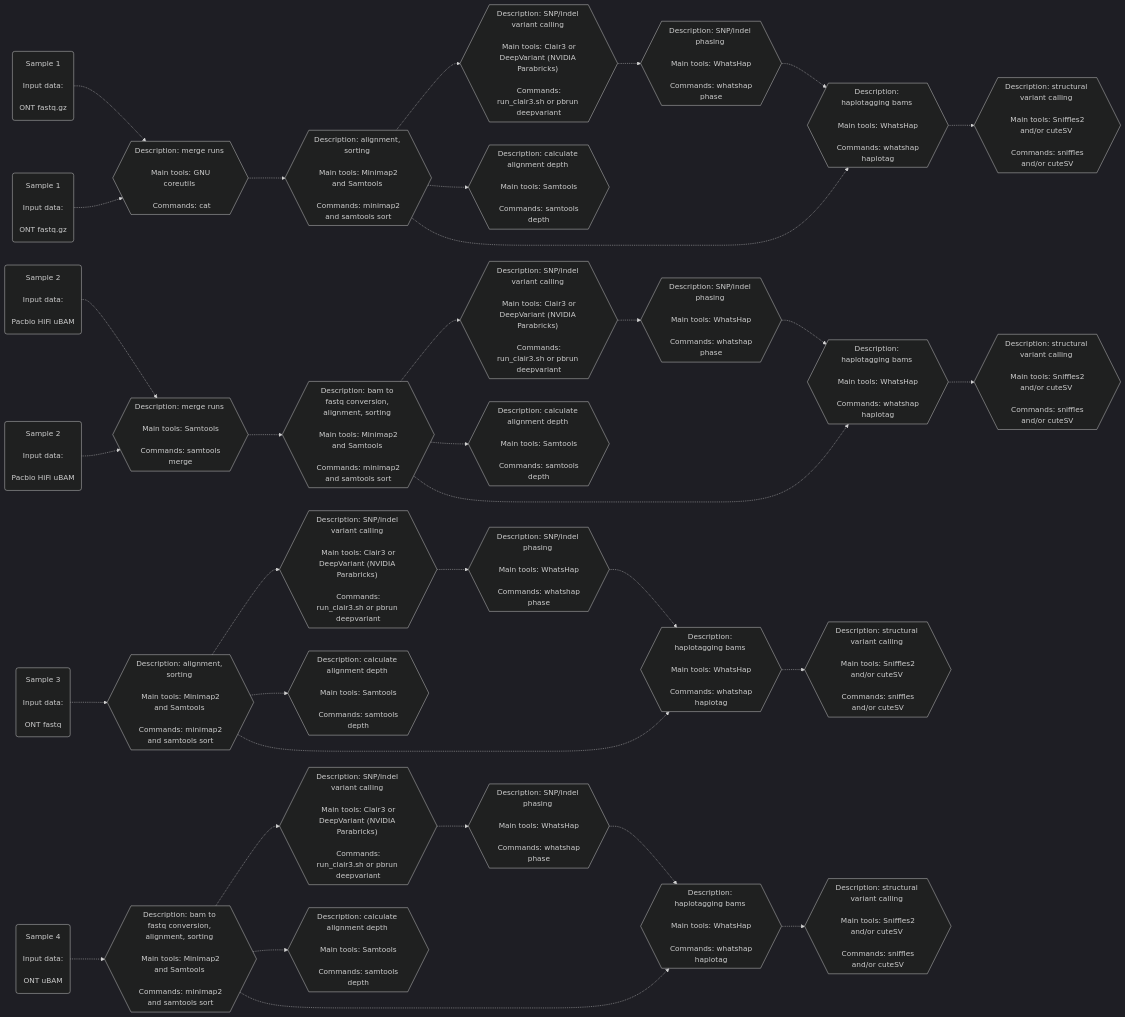
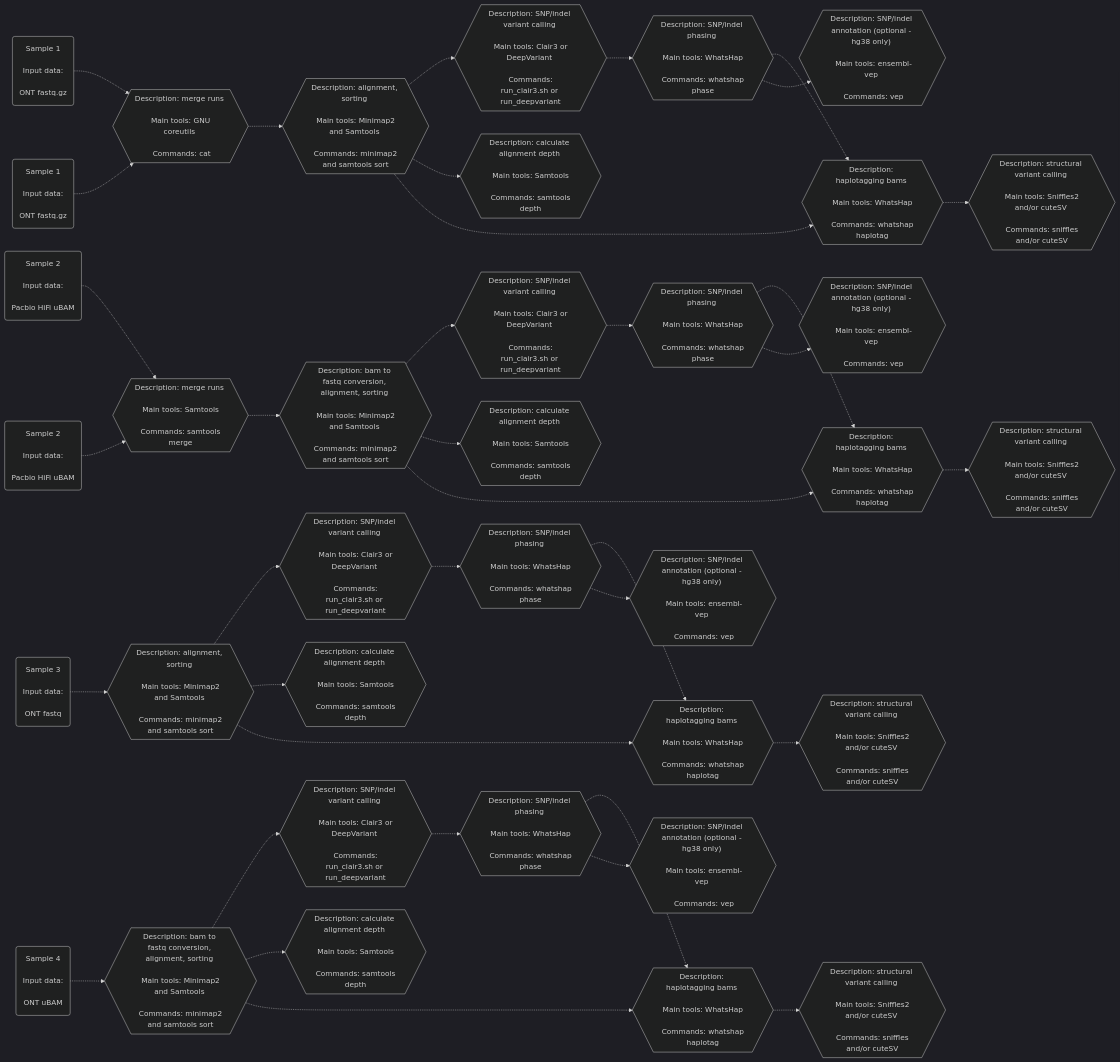
Before and after one commit to leahkemp/pipeface: the second of 2 diagrams in README.md, drawn with Mermaid. The commit also changed other lines of this file and 6 other files, not shown here.

````diff
--- a/README.md
+++ b/README.md
@@ -37,63 +39,73 @@
 ```mermaid
 %%{init: {'theme':'dark'}}%%
 flowchart LR
 
-ont_data_f1("Sample 1 \n\n Input data: \n\n ONT fastq.gz")
-ont_data_f2("Sample 1 \n\n Input data: \n\n ONT fastq.gz")
-pacbio_data_f3("Sample 2 \n\n Input data: \n\n Pacbio HiFi uBAM")
-pacbio_data_f4("Sample 2 \n\n Input data: \n\n Pacbio HiFi uBAM")
-ont_data_f5("Sample 3 \n\n Input data: \n\n ONT fastq")
-ont_data_f6("Sample 4 \n\n Input data: \n\n ONT uBAM")
+ont_data_f1("Sample 1 <br><br> Input data: <br><br> ONT fastq.gz")
+ont_data_f2("Sample 1 <br><br> Input data: <br><br> ONT fastq.gz")
+pacbio_data_f3("Sample 2 <br><br> Input data: <br><br> Pacbio HiFi uBAM")
+pacbio_data_f4("Sample 2 <br><br> Input data: <br><br> Pacbio HiFi uBAM")
+ont_data_f5("Sample 3 <br><br> Input data: <br><br> ONT fastq")
+ont_data_f6("Sample 4 <br><br> Input data: <br><br> ONT uBAM")
 
-merging_m1{{"Description: merge runs \n\n Main tools: GNU coreutils \n\n Commands: cat"}}
-merging_m2{{"Description: merge runs \n\n Main tools: Samtools \n\n Commands: samtools merge"}}
+merging_m1{{"Description: merge runs <br><br> Main tools: GNU coreutils <br><br> Commands: cat"}}
+merging_m2{{"Description: merge runs <br><br> Main tools: Samtools <br><br> Commands: samtools merge"}}
 
-alignment_s1{{"Description: alignment, sorting \n\n Main tools: Minimap2 and Samtools \n\n Commands: minimap2 and samtools sort"}}
-alignment_s2{{"Description: alignment, sorting \n\n Main tools: Minimap2 and Samtools \n\n Commands: minimap2 and samtools sort"}}
-alignment_s3{{"Description: bam to fastq conversion, alignment, sorting \n\n Main tools: Minimap2 and Samtools \n\n Commands: minimap2 and samtools sort"}}
-alignment_s4{{"Description: bam to fastq conversion, alignment, sorting \n\n Main tools: Minimap2 and Samtools \n\n Commands: minimap2 and samtools sort"}}
+alignment_s1{{"Description: alignment, sorting <br><br> Main tools: Minimap2 and Samtools <br><br> Commands: minimap2 and samtools sort"}}
+alignment_s2{{"Description: alignment, sorting <br><br> Main tools: Minimap2 and Samtools <br><br> Commands: minimap2 and samtools sort"}}
+alignment_s3{{"Description: bam to fastq conversion, alignment, sorting <br><br> Main tools: Minimap2 and Samtools <br><br> Commands: minimap2 and samtools sort"}}
+alignment_s4{{"Description: bam to fastq conversion, alignment, sorting <br><br> Main tools: Minimap2 and Samtools <br><br> Commands: minimap2 and samtools sort"}}
 
-depth_s1{{"Description: calculate alignment depth \n\n Main tools: Samtools \n\n Commands: samtools depth"}}
-depth_s2{{"Description: calculate alignment depth \n\n Main tools: Samtools \n\n Commands: samtools depth"}}
-depth_s3{{"Description: calculate alignment depth \n\n Main tools: Samtools \n\n Commands: samtools depth"}}
-depth_s4{{"Description: calculate alignment depth \n\n Main tools: Samtools \n\n Commands: samtools depth"}}
+depth_s1{{"Description: calculate alignment depth <br><br> Main tools: Samtools <br><br> Commands: samtools depth"}}
+depth_s2{{"Description: calculate alignment depth <br><br> Main tools: Samtools <br><br> Commands: samtools depth"}}
+depth_s3{{"Description: calculate alignment depth <br><br> Main tools: Samtools <br><br> Commands: samtools depth"}}
+depth_s4{{"Description: calculate alignment depth <br><br> Main tools: Samtools <br><br> Commands: samtools depth"}}
 
-snp_indel_calling_s1{{"Description: SNP/indel variant calling \n\n Main tools: Clair3 or DeepVariant (NVIDIA Parabricks) \n\n Commands: run_clair3.sh or pbrun deepvariant"}}
-snp_indel_calling_s2{{"Description: SNP/indel variant calling \n\n Main tools: Clair3 or DeepVariant (NVIDIA Parabricks) \n\n Commands: run_clair3.sh or pbrun deepvariant"}}
-snp_indel_calling_s3{{"Description: SNP/indel variant calling \n\n Main tools: Clair3 or DeepVariant (NVIDIA Parabricks) \n\n Commands: run_clair3.sh or pbrun deepvariant"}}
-snp_indel_calling_s4{{"Description: SNP/indel variant calling \n\n Main tools: Clair3 or DeepVariant (NVIDIA Parabricks) \n\n Commands: run_clair3.sh or pbrun deepvariant"}}
+snp_indel_calling_s1{{"Description: SNP/indel variant calling <br><br> Main tools: Clair3 or DeepVariant <br><br> Commands: run_clair3.sh or run_deepvariant"}}
+snp_indel_calling_s2{{"Description: SNP/indel variant calling <br><br> Main tools: Clair3 or DeepVariant <br><br> Commands: run_clair3.sh or run_deepvariant"}}
+snp_indel_calling_s3{{"Description: SNP/indel variant calling <br><br> Main tools: Clair3 or DeepVariant <br><br> Commands: run_clair3.sh or run_deepvariant"}}
+snp_indel_calling_s4{{"Description: SNP/indel variant calling <br><br> Main tools: Clair3 or DeepVariant <br><br> Commands: run_clair3.sh or run_deepvariant"}}
 
-snp_indel_phasing_s1{{"Description: SNP/indel phasing \n\n Main tools: WhatsHap \n\n Commands: whatshap phase"}}
-snp_indel_phasing_s2{{"Description: SNP/indel phasing \n\n Main tools: WhatsHap \n\n Commands: whatshap phase"}}
-snp_indel_phasing_s3{{"Description: SNP/indel phasing \n\n Main tools: WhatsHap \n\n Commands: whatshap phase"}}
-snp_indel_phasing_s4{{"Description: SNP/indel phasing \n\n Main tools: WhatsHap \n\n Commands: whatshap phase"}}
+snp_indel_phasing_s1{{"Description: SNP/indel phasing <br><br> Main tools: WhatsHap <br><br> Commands: whatshap phase"}}
+snp_indel_phasing_s2{{"Description: SNP/indel phasing <br><br> Main tools: WhatsHap <br><br> Commands: whatshap phase"}}
+snp_indel_phasing_s3{{"Description: SNP/indel phasing <br><br> Main tools: WhatsHap <br><br> Commands: whatshap phase"}}
+snp_indel_phasing_s4{{"Description: SNP/indel phasing <br><br> Main tools: WhatsHap <br><br> Commands: whatshap phase"}}
 
-haplotagging_s1{{"Description: haplotagging bams \n\n Main tools: WhatsHap \n\n Commands: whatshap haplotag"}}
-haplotagging_s2{{"Description: haplotagging bams \n\n Main tools: WhatsHap \n\n Commands: whatshap haplotag"}}
-haplotagging_s3{{"Description: haplotagging bams \n\n Main tools: WhatsHap \n\n Commands: whatshap haplotag"}}
-haplotagging_s4{{"Description: haplotagging bams \n\n Main tools: WhatsHap \n\n Commands: whatshap haplotag"}}
+snp_indel_annotation_s1{{"Description: SNP/indel annotation (optional - hg38 only)" <br><br> Main tools: ensembl-vep <br><br> Commands: vep}}
+snp_indel_annotation_s2{{"Description: SNP/indel annotation (optional - hg38 only)" <br><br> Main tools: ensembl-vep <br><br> Commands: vep}}
+snp_indel_annotation_s3{{"Description: SNP/indel annotation (optional - hg38 only)" <br><br> Main tools: ensembl-vep <br><br> Commands: vep}}
+snp_indel_annotation_s4{{"Description: SNP/indel annotation (optional - hg38 only)" <br><br> Main tools: ensembl-vep <br><br> Commands: vep}}
 
-sv_calling_s1{{"Description: structural variant calling \n\n Main tools: Sniffles2 and/or cuteSV \n\n Commands: sniffles and/or cuteSV"}}
-sv_calling_s2{{"Description: structural variant calling \n\n Main tools: Sniffles2 and/or cuteSV \n\n Commands: sniffles and/or cuteSV"}}
-sv_calling_s3{{"Description: structural variant calling \n\n Main tools: Sniffles2 and/or cuteSV \n\n Commands: sniffles and/or cuteSV"}}
-sv_calling_s4{{"Description: structural variant calling \n\n Main tools: Sniffles2 and/or cuteSV \n\n Commands: sniffles and/or cuteSV"}}
+haplotagging_s1{{"Description: haplotagging bams <br><br> Main tools: WhatsHap <br><br> Commands: whatshap haplotag"}}
+haplotagging_s2{{"Description: haplotagging bams <br><br> Main tools: WhatsHap <br><br> Commands: whatshap haplotag"}}
+haplotagging_s3{{"Description: haplotagging bams <br><br> Main tools: WhatsHap <br><br> Commands: whatshap haplotag"}}
+haplotagging_s4{{"Description: haplotagging bams <br><br> Main tools: WhatsHap <br><br> Commands: whatshap haplotag"}}
+
+sv_calling_s1{{"Description: structural variant calling <br><br> Main tools: Sniffles2 and/or cuteSV <br><br> Commands: sniffles and/or cuteSV"}}
+sv_calling_s2{{"Description: structural variant calling <br><br> Main tools: Sniffles2 and/or cuteSV <br><br> Commands: sniffles and/or cuteSV"}}
+sv_calling_s3{{"Description: structural variant calling <br><br> Main tools: Sniffles2 and/or cuteSV <br><br> Commands: sniffles and/or cuteSV"}}
+sv_calling_s4{{"Description: structural variant calling <br><br> Main tools: Sniffles2 and/or cuteSV <br><br> Commands: sniffles and/or cuteSV"}}
 
 ont_data_f1-.->merging_m1-.->alignment_s1-.->snp_indel_calling_s1-.->snp_indel_phasing_s1-.->haplotagging_s1-.->sv_calling_s1
 ont_data_f2-.->merging_m1
 ont_data_f5-.->alignment_s2-.->snp_indel_calling_s2-.->snp_indel_phasing_s2-.->haplotagging_s2-.->sv_calling_s2
 ont_data_f6-.->alignment_s3-.->snp_indel_calling_s3-.->snp_indel_phasing_s3-.->haplotagging_s3-.->sv_calling_s3
 
 pacbio_data_f3-.->merging_m2-.->alignment_s4-.->snp_indel_calling_s4-.->snp_indel_phasing_s4-.->haplotagging_s4-.->sv_calling_s4
 pacbio_data_f4-.->merging_m2
 
 alignment_s1-.->depth_s1
 alignment_s2-.->depth_s2
 alignment_s3-.->depth_s3
 alignment_s4-.->depth_s4
 
 alignment_s1-.->haplotagging_s1
 alignment_s2-.->haplotagging_s2
 alignment_s3-.->haplotagging_s3
 alignment_s4-.->haplotagging_s4
 
+snp_indel_phasing_s1-.->snp_indel_annotation_s1
+snp_indel_phasing_s2-.->snp_indel_annotation_s2
+snp_indel_phasing_s3-.->snp_indel_annotation_s3
+snp_indel_phasing_s4-.->snp_indel_annotation_s4
+
 ```
````
